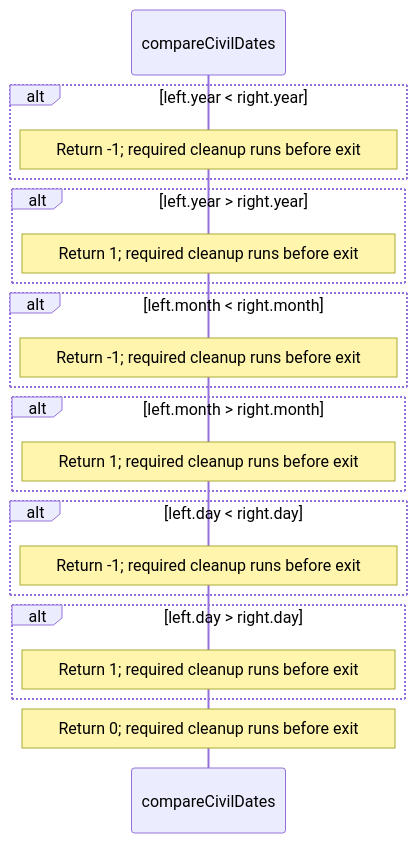
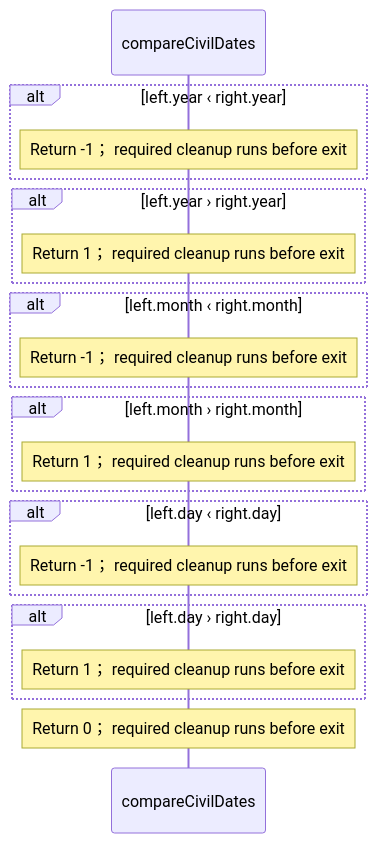
The ninth of 9 diagrams in src/stdlib/values/dates.aug.diagrams.md (GreenPandaStudios/augscript), drawn with Mermaid before and after one commit. The commit also changed other lines of this file and 524 other files, not shown here.

Commit message:
Explain checked data flow at folder and service levels

````diff
--- a/src/stdlib/values/dates.aug.diagrams.md
+++ b/src/stdlib/values/dates.aug.diagrams.md
@@ -196,24 +216,24 @@
 ```mermaid
 sequenceDiagram
     participant p0 as compareCivilDates
 
-    alt left.year #60; right.year
-    Note over p0: Return -1#59; required cleanup runs before exit
+    alt left.year ‹ right.year
+    Note over p0: Return -1； required cleanup runs before exit
     end
-    alt left.year #62; right.year
-    Note over p0: Return 1#59; required cleanup runs before exit
+    alt left.year › right.year
+    Note over p0: Return 1； required cleanup runs before exit
     end
-    alt left.month #60; right.month
-    Note over p0: Return -1#59; required cleanup runs before exit
+    alt left.month ‹ right.month
+    Note over p0: Return -1； required cleanup runs before exit
     end
-    alt left.month #62; right.month
-    Note over p0: Return 1#59; required cleanup runs before exit
+    alt left.month › right.month
+    Note over p0: Return 1； required cleanup runs before exit
     end
-    alt left.day #60; right.day
-    Note over p0: Return -1#59; required cleanup runs before exit
+    alt left.day ‹ right.day
+    Note over p0: Return -1； required cleanup runs before exit
     end
-    alt left.day #62; right.day
-    Note over p0: Return 1#59; required cleanup runs before exit
+    alt left.day › right.day
+    Note over p0: Return 1； required cleanup runs before exit
     end
-    Note over p0: Return 0#59; required cleanup runs before exit
+    Note over p0: Return 0； required cleanup runs before exit
 ```
````
